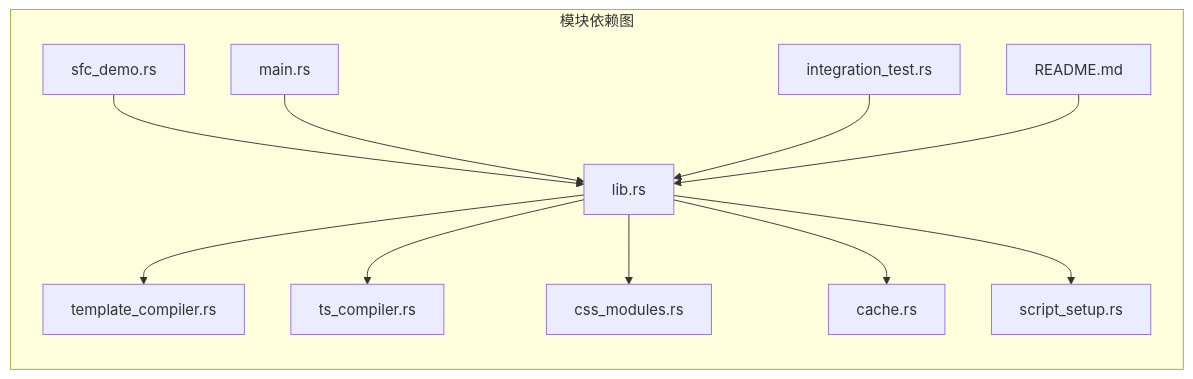
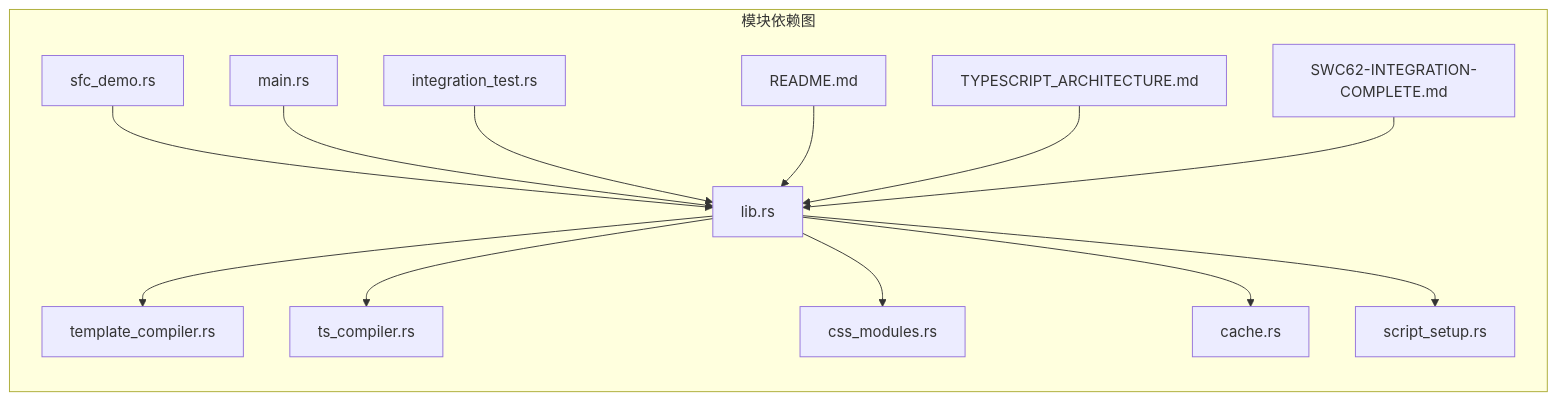
Diagram 20 of 22 in .qoder/repowiki/zh/content/技术架构详解/即时转译系统/SFC编译器初始化机制/SFC编译器初始化机制.md (itszzl-sudo/iris), drawn with Mermaid before and after one commit. The commit also changed other lines of this file and 10 other files, not shown here.

````diff
--- a/.qoder/repowiki/zh/content/技术架构详解/即时转译系统/SFC编译器初始化机制/SFC编译器初始化机制.md
+++ b/.qoder/repowiki/zh/content/技术架构详解/即时转译系统/SFC编译器初始化机制/SFC编译器初始化机制.md
@@ -1003,14 +1004,16 @@
 ```mermaid
 graph LR
 subgraph "模块依赖图"
 A[lib.rs] --> B[template_compiler.rs]
 A --> C[ts_compiler.rs]
 A --> D[css_modules.rs]
 A --> E[cache.rs]
 A --> F[script_setup.rs]
 G[sfc_demo.rs] --> A
 H[main.rs] --> A
 I[integration_test.rs] --> A
 J[README.md] --> A
+K[TYPESCRIPT_ARCHITECTURE.md] --> A
+L[SWC62-INTEGRATION-COMPLETE.md] --> A
 end
 ```
````
